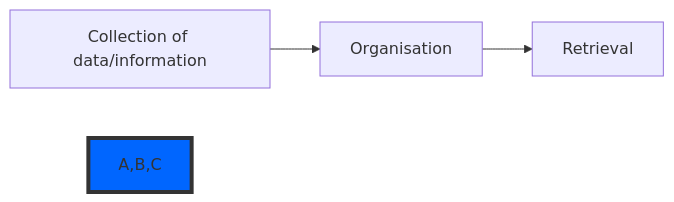
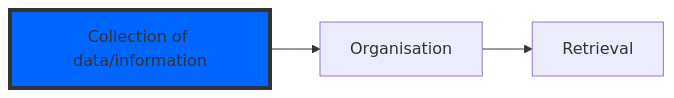
The second of 3 diagrams in myworkflow.md (giorgio-bendoni/giorgio-bendoni.github.io), drawn with Mermaid before and after one commit.

```diff
--- a/myworkflow.md
+++ b/myworkflow.md
@@ -22,6 +22,6 @@
 <div class="mermaid">
 graph LR
   A[Collection of data/information]-->B[Organisation] -->C[Retrieval]
-style A,B,C fill:#06f,stroke:#333,stroke-width:4px 
+style A fill:#06f,stroke:#333,stroke-width:4px 
 
 </div>
```
